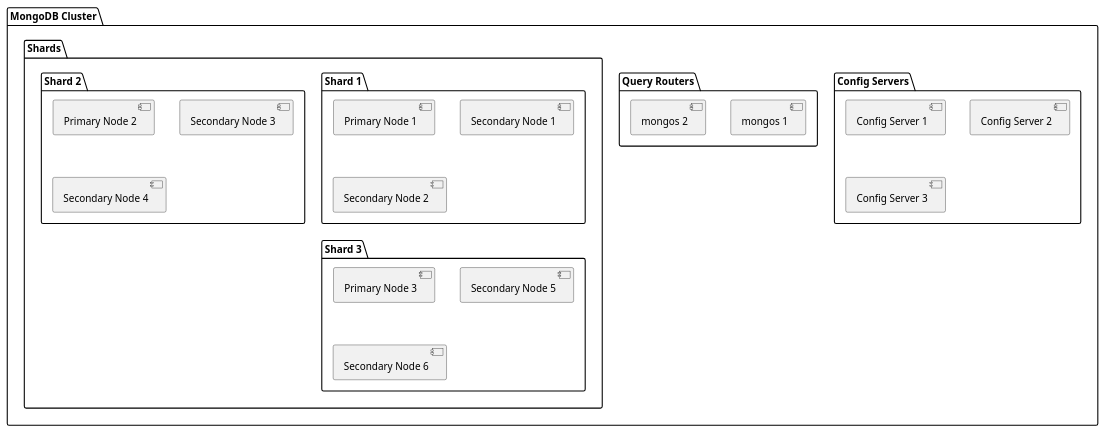
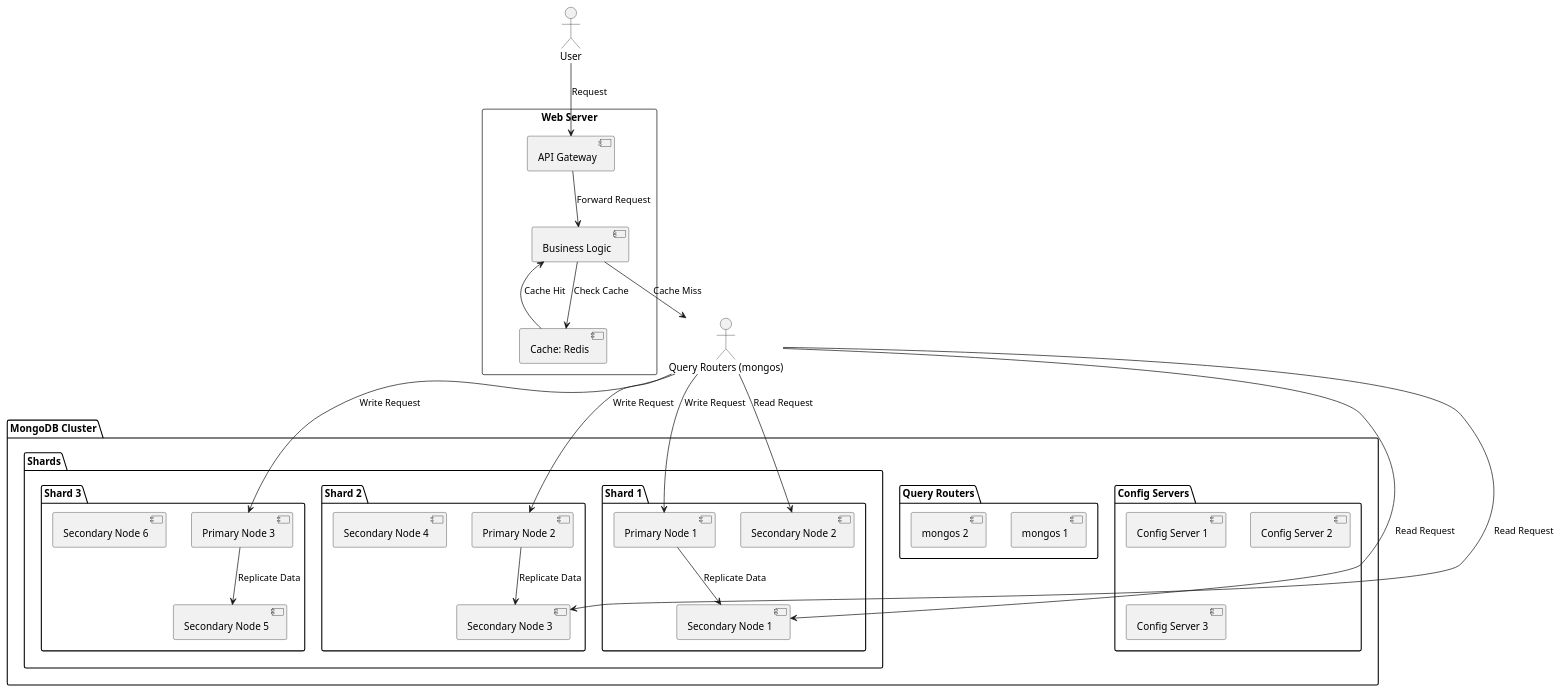
One commit to huangyingw/system_design changed the diagram in high_traffic_calendar/high_traffic_calendar_mongodb_architecture.puml. Above: the diagram before and after it, drawn with PlantUML.

```diff
--- a/high_traffic_calendar/high_traffic_calendar_mongodb_architecture.puml
+++ b/high_traffic_calendar/high_traffic_calendar_mongodb_architecture.puml
@@ -1,35 +1,58 @@
 @startuml
 
 package "MongoDB Cluster" {
 
   package "Config Servers" {
     [Config Server 1]
     [Config Server 2]
     [Config Server 3]
   }
   
   package "Query Routers" {
     [mongos 1]
     [mongos 2]
   }
   
   package "Shards" {
     package "Shard 1" {
       [Primary Node 1]
       [Secondary Node 1]
       [Secondary Node 2]
     }
     package "Shard 2" {
       [Primary Node 2]
       [Secondary Node 3]
       [Secondary Node 4]
     }
     package "Shard 3" {
       [Primary Node 3]
       [Secondary Node 5]
       [Secondary Node 6]
     }
   }
 }
 
+actor User
+
+rectangle "Web Server" {
+  [API Gateway]
+  [Business Logic]
+  [Cache: Redis]
+}
+
+User --> "API Gateway": Request
+"API Gateway" --> "Business Logic": Forward Request
+"Business Logic" --> "Cache: Redis": Check Cache
+"Cache: Redis" --> "Business Logic": Cache Hit
+"Business Logic" --> "Query Routers (mongos)": Cache Miss
+"Query Routers (mongos)" --> "Primary Node 1": Write Request
+"Query Routers (mongos)" --> "Primary Node 2": Write Request
+"Query Routers (mongos)" --> "Primary Node 3": Write Request
+"Query Routers (mongos)" --> "Secondary Node 1": Read Request
+"Query Routers (mongos)" --> "Secondary Node 2": Read Request
+"Query Routers (mongos)" --> "Secondary Node 3": Read Request
+"Primary Node 1" --> "Secondary Node 1": Replicate Data
+"Primary Node 2" --> "Secondary Node 3": Replicate Data
+"Primary Node 3" --> "Secondary Node 5": Replicate Data
+
 @enduml
```
